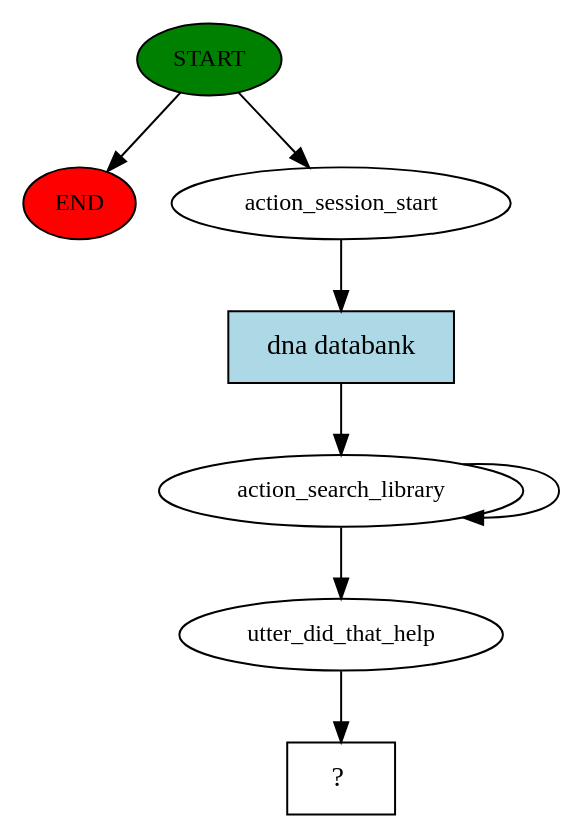
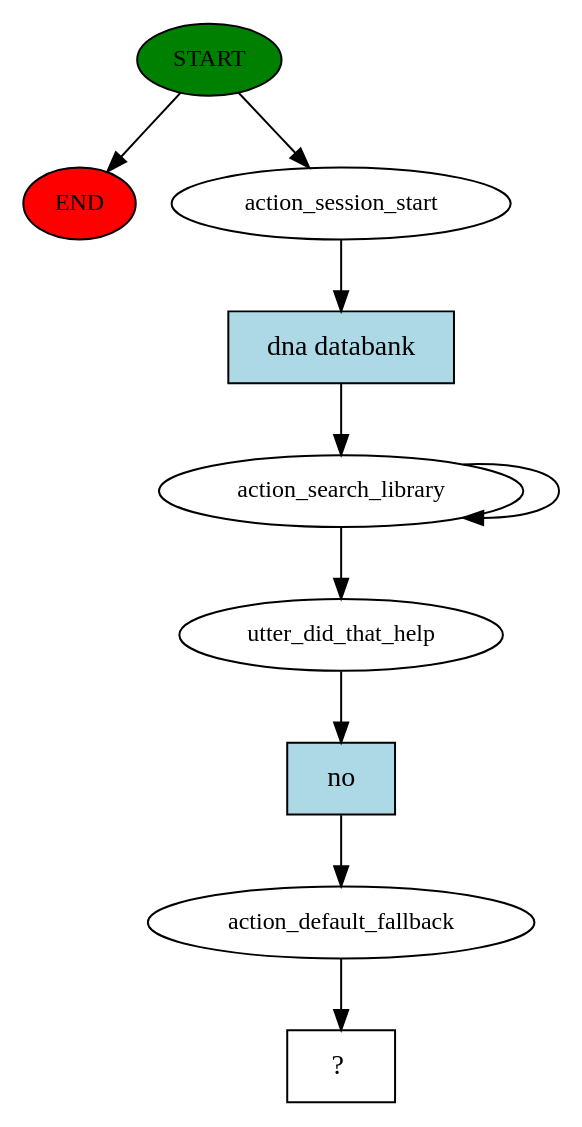
One commit to aoruize/rasa-cfs changed the diagram in story_graph.dot. Above: the diagram before and after it, drawn with Graphviz. The commit also changed 6 other files, not shown here.

```diff
--- a/story_graph.dot
+++ b/story_graph.dot
@@ -1,16 +1,20 @@
 digraph  {
 0 [class="start active", fillcolor=green, fontsize=12, label=START, style=filled];
 "-1" [class=end, fillcolor=red, fontsize=12, label=END, style=filled];
 1 [class=active, fontsize=12, label=action_session_start];
 2 [class=active, fontsize=12, label=action_search_library];
 4 [class=active, fontsize=12, label=utter_did_that_help];
-5 [class="intent dashed active", label="  ?  ", shape=rect];
-6 [class="intent active", fillcolor=lightblue, label="dna databank", shape=rect, style=filled];
+5 [class=active, fontsize=12, label=action_default_fallback];
+6 [class="intent dashed active", label="  ?  ", shape=rect];
+7 [class="intent active", fillcolor=lightblue, label="dna databank", shape=rect, style=filled];
+8 [class="intent active", fillcolor=lightblue, label=no, shape=rect, style=filled];
 0 -> "-1"  [class="", key=NONE, label=""];
 0 -> 1  [class=active, key=NONE, label=""];
-1 -> 6  [class=active, key=0];
+1 -> 7  [class=active, key=0];
 2 -> 4  [class=active, key=NONE, label=""];
 2 -> 2  [class=active, key=NONE, label=""];
-4 -> 5  [class=active, key=NONE, label=""];
-6 -> 2  [class=active, key=0];
+4 -> 8  [class=active, key=0];
+5 -> 6  [class=active, key=NONE, label=""];
+7 -> 2  [class=active, key=0];
+8 -> 5  [class=active, key=0];
 }
```
